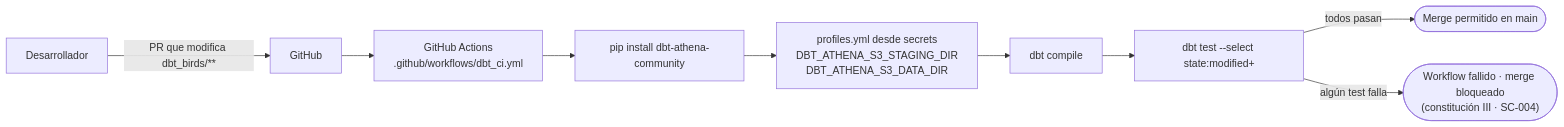
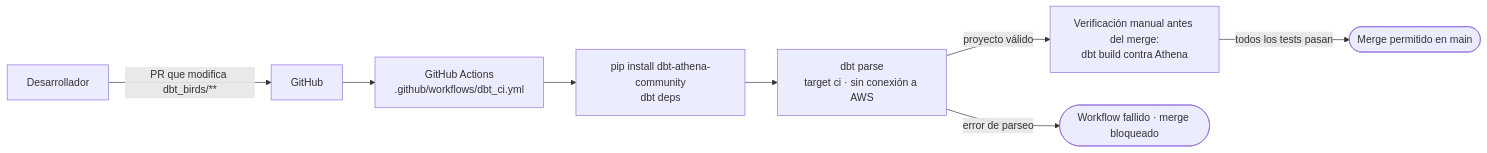
The sixth of 6 diagrams in docs/architecture.md (javiladino/oiseaux_nantes), drawn with Mermaid before and after one commit. The commit also changed other lines of this file and 4 other files, not shown here.

First line of the commit message:
Convierte la CI de dbt en validación estática con dbt parse

````diff
--- a/docs/architecture.md
+++ b/docs/architecture.md
@@ -236,11 +236,10 @@
 ```mermaid
 flowchart LR
     DEV["Desarrollador"] -->|"PR que modifica dbt_birds/**"| GH["GitHub"]
     GH --> WF["GitHub Actions<br/>.github/workflows/dbt_ci.yml"]
-    WF --> S1["pip install dbt-athena-community"]
-    S1 --> S2["profiles.yml desde secrets<br/>DBT_ATHENA_S3_STAGING_DIR<br/>DBT_ATHENA_S3_DATA_DIR"]
-    S2 --> S3["dbt compile"]
-    S3 --> S4["dbt test --select state:modified+"]
-    S4 -->|"todos pasan"| OK(["Merge permitido en main"])
-    S4 -->|"algún test falla"| KO(["Workflow fallido · merge bloqueado<br/>(constitución III · SC-004)"])
+    WF --> S1["pip install dbt-athena-community<br/>dbt deps"]
+    S1 --> S2["dbt parse<br/>target ci · sin conexión a AWS"]
+    S2 -->|"proyecto válido"| MAN["Verificación manual antes del merge:<br/>dbt build contra Athena"]
+    MAN -->|"todos los tests pasan"| OK(["Merge permitido en main"])
+    S2 -->|"error de parseo"| KO(["Workflow fallido · merge bloqueado"])
 ```
````
